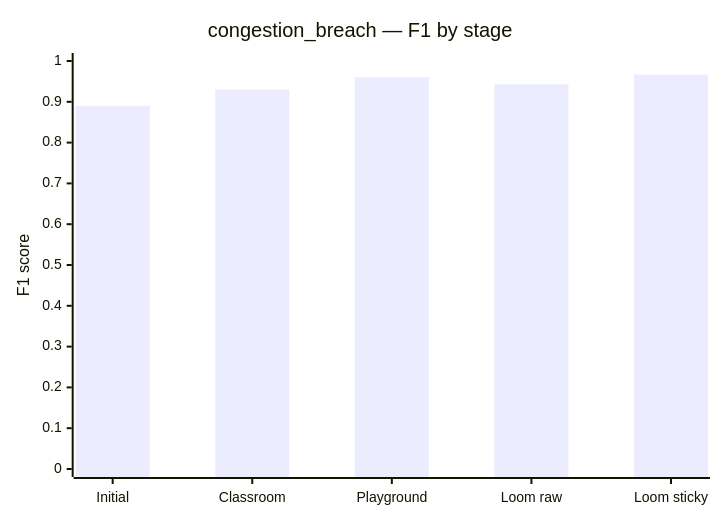
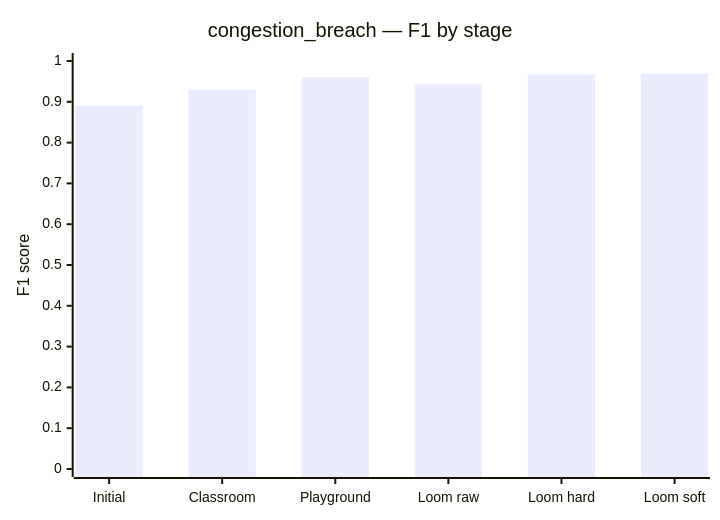
One commit to sahilshaik13/deca-isro changed the second of 5 diagrams in docs/DECA_TEST_SCORES.md. Above: the diagram before and after it, drawn with Mermaid. The commit also changed other lines of this file and 11 other files, not shown here.

````diff
--- a/docs/DECA_TEST_SCORES.md
+++ b/docs/DECA_TEST_SCORES.md
@@ -241,7 +318,7 @@
 ```mermaid
 xychart-beta
     title "congestion_breach — F1 by stage"
-    x-axis [Initial, Classroom, Playground, "Loom raw", "Loom sticky"]
+    x-axis [Initial, Classroom, Playground, "Loom raw", "Loom hard", "Loom soft"]
     y-axis "F1 score" 0 --> 1
-    bar [0.89, 0.930, 0.96, 0.943, 0.967]
+    bar [0.89, 0.930, 0.96, 0.943, 0.967, 0.969]
 ```
````
